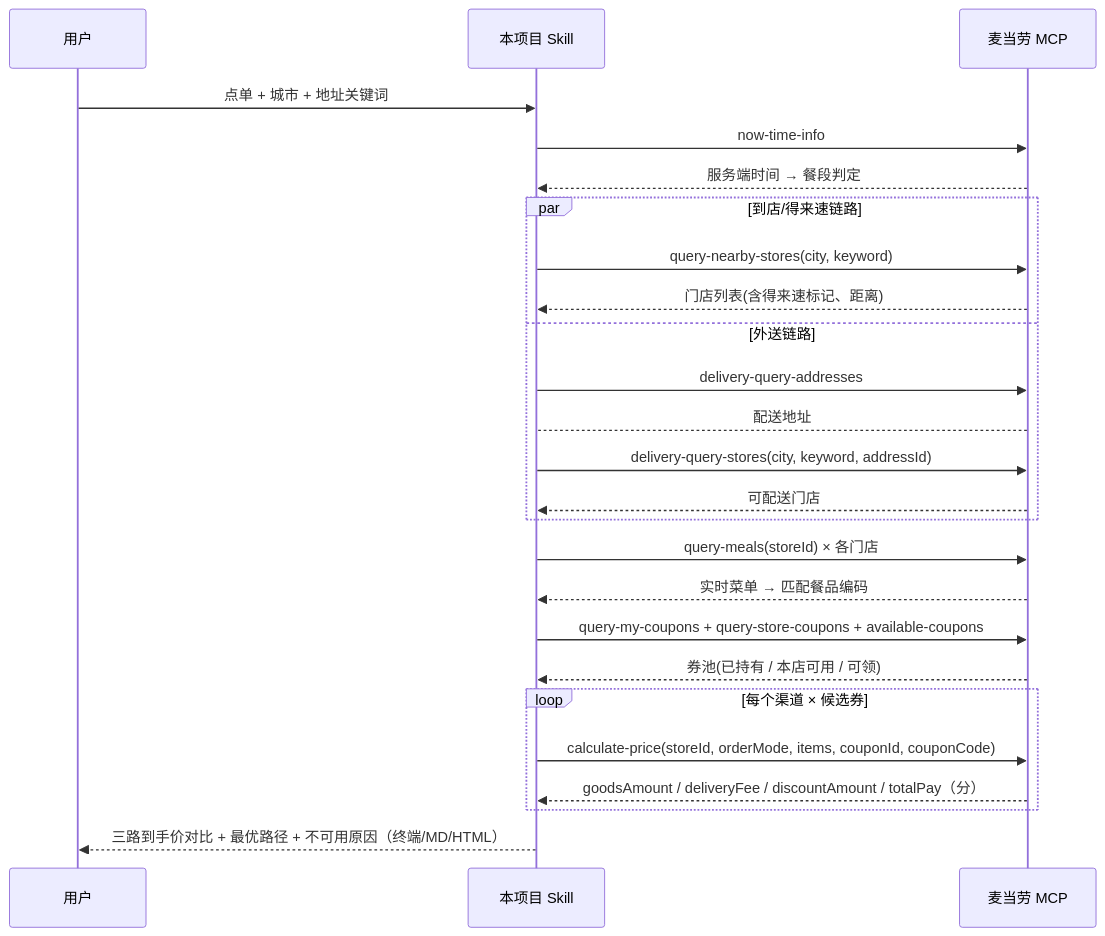
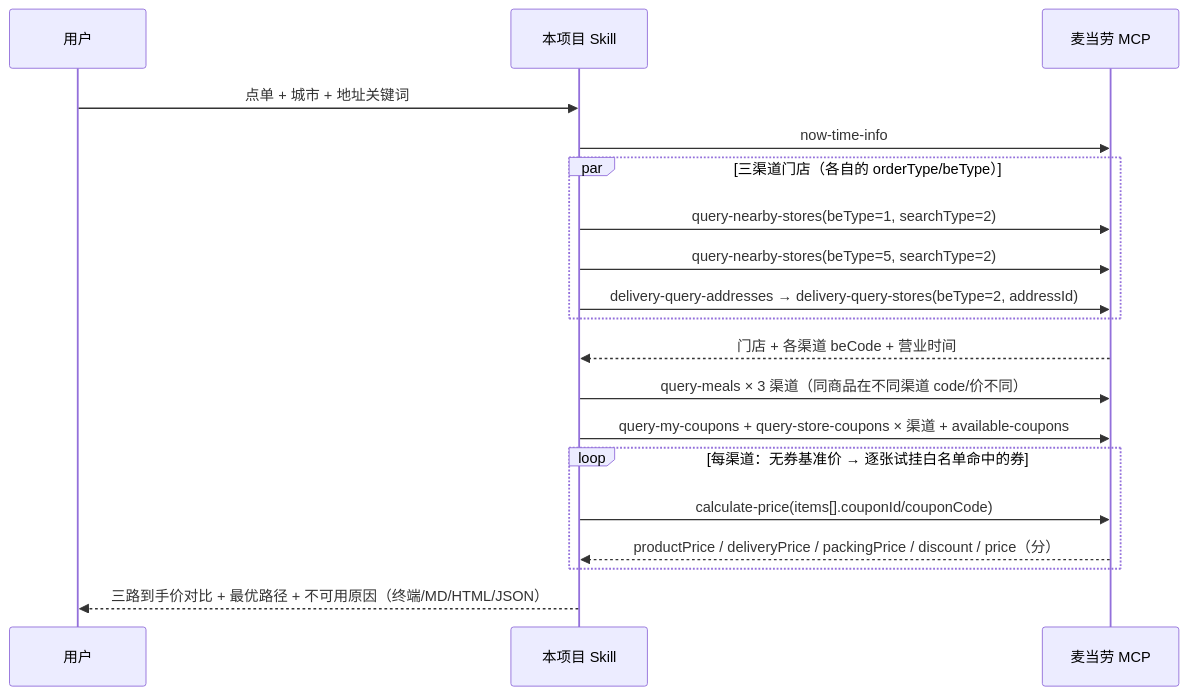
One commit to Temmie1487/mcd-three-path-detective changed the diagram in MCP_INTEGRATION.md. Above: the diagram before and after it, drawn with Mermaid. The commit also changed other lines of this file and 14 other files, not shown here.

Commit message:
refactor: 按麦当劳 MCP 线上真实 schema 重写引擎（orderType/beType/beCode、跨渠道商品名对齐、item 级挂券、金额双口径与加总校验）

````diff
--- a/MCP_INTEGRATION.md
+++ b/MCP_INTEGRATION.md
@@ -56,27 +87,21 @@
 ```mermaid
 sequenceDiagram
     participant U as 用户
     participant S as 本项目 Skill
     participant M as 麦当劳 MCP
     U->>S: 点单 + 城市 + 地址关键词
     S->>M: now-time-info
-    M-->>S: 服务端时间 → 餐段判定
-    par 到店/得来速链路
-        S->>M: query-nearby-stores(city, keyword)
-        M-->>S: 门店列表(含得来速标记、距离)
-    and 外送链路
-        S->>M: delivery-query-addresses
-        M-->S: 配送地址
-        S->>M: delivery-query-stores(city, keyword, addressId)
-        M-->>S: 可配送门店
+    par 三渠道门店（各自的 orderType/beType）
+        S->>M: query-nearby-stores(beType=1, searchType=2)
+        S->>M: query-nearby-stores(beType=5, searchType=2)
+        S->>M: delivery-query-addresses → delivery-query-stores(beType=2, addressId)
     end
-    S->>M: query-meals(storeId) × 各门店
-    M-->>S: 实时菜单 → 匹配餐品编码
-    S->>M: query-my-coupons + query-store-coupons + available-coupons
-    M-->>S: 券池(已持有 / 本店可用 / 可领)
-    loop 每个渠道 × 候选券
-        S->>M: calculate-price(storeId, orderMode, items, couponId, couponCode)
-        M-->>S: goodsAmount / deliveryFee / discountAmount / totalPay（分）
+    M-->>S: 门店 + 各渠道 beCode + 营业时间
+    S->>M: query-meals × 3 渠道（同商品在不同渠道 code/价不同）
+    S->>M: query-my-coupons + query-store-coupons × 渠道 + available-coupons
+    loop 每渠道：无券基准价 → 逐张试挂白名单命中的券
+        S->>M: calculate-price(items[].couponId/couponCode)
+        M-->>S: productPrice / deliveryPrice / packingPrice / discount / price（分）
     end
-    S-->>U: 三路到手价对比 + 最优路径 + 不可用原因（终端/MD/HTML）
+    S-->>U: 三路到手价对比 + 最优路径 + 不可用原因（终端/MD/HTML/JSON）
 ```
````
